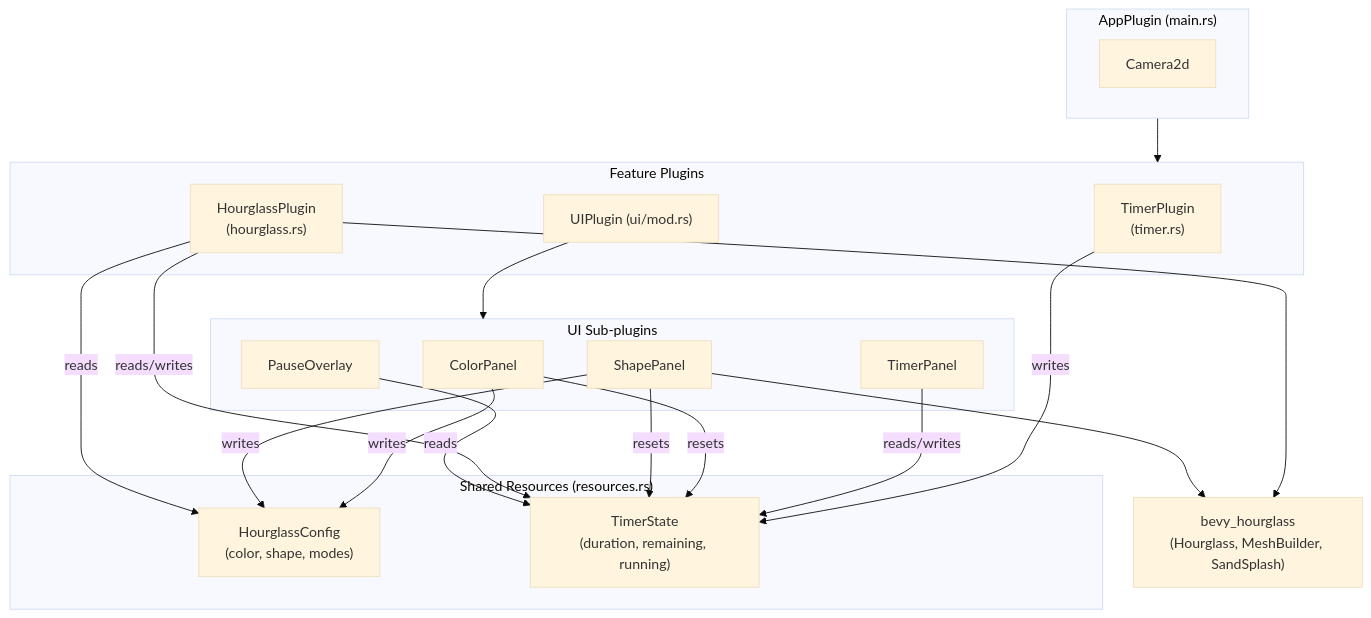
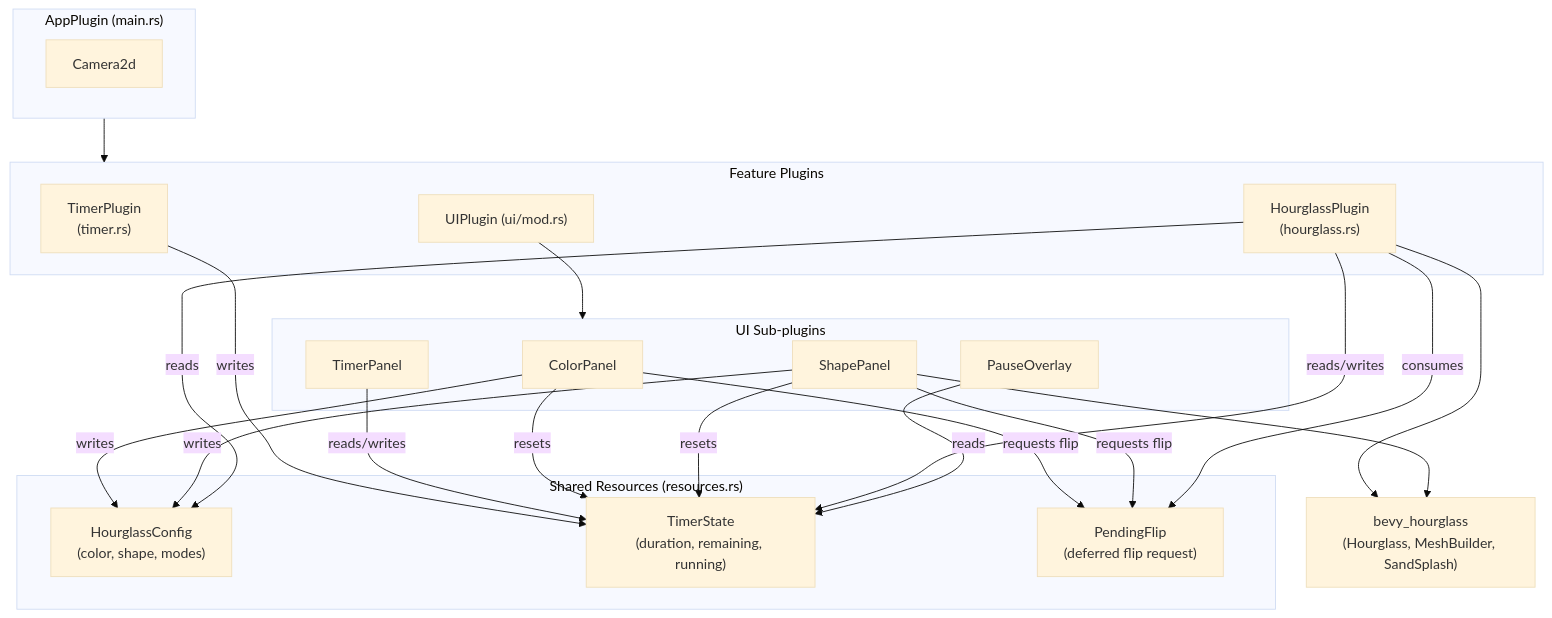
The diagram in wiki/architecture/overview.md (mikeplavsky/Hourglass-Timer), drawn with Mermaid (base theme) before and after one commit. The commit also changed other lines of this file and 13 other files, not shown here.

````diff
--- a/wiki/architecture/overview.md
+++ b/wiki/architecture/overview.md
@@ -11,41 +11,45 @@
 ```mermaid
 graph TD
     subgraph App["AppPlugin (main.rs)"]
         Cam["Camera2d"]
     end
 
     subgraph Resources["Shared Resources (resources.rs)"]
         Cfg["HourglassConfig<br/>(color, shape, modes)"]
         TS["TimerState<br/>(duration, remaining, running)"]
+        PF["PendingFlip<br/>(deferred flip request)"]
     end
 
     subgraph Plugins["Feature Plugins"]
         Timer["TimerPlugin<br/>(timer.rs)"]
         HG["HourglassPlugin<br/>(hourglass.rs)"]
         UI["UIPlugin (ui/mod.rs)"]
     end
 
     subgraph UISub["UI Sub-plugins"]
         Color["ColorPanel"]
         Shape["ShapePanel"]
         TPanel["TimerPanel"]
         Pause["PauseOverlay"]
     end
 
     Ext["bevy_hourglass<br/>(Hourglass, MeshBuilder, SandSplash)"]
 
     App --> Plugins
     UI --> UISub
 
     Timer -->|writes| TS
     TPanel -->|reads/writes| TS
     Color -->|writes| Cfg
     Color -->|resets| TS
+    Color -->|requests flip| PF
     Shape -->|writes| Cfg
     Shape -->|resets| TS
+    Shape -->|requests flip| PF
     HG -->|reads| Cfg
     HG -->|reads/writes| TS
+    HG -->|consumes| PF
     Pause -->|reads| TS
     HG --> Ext
     Shape --> Ext
 ```
````
